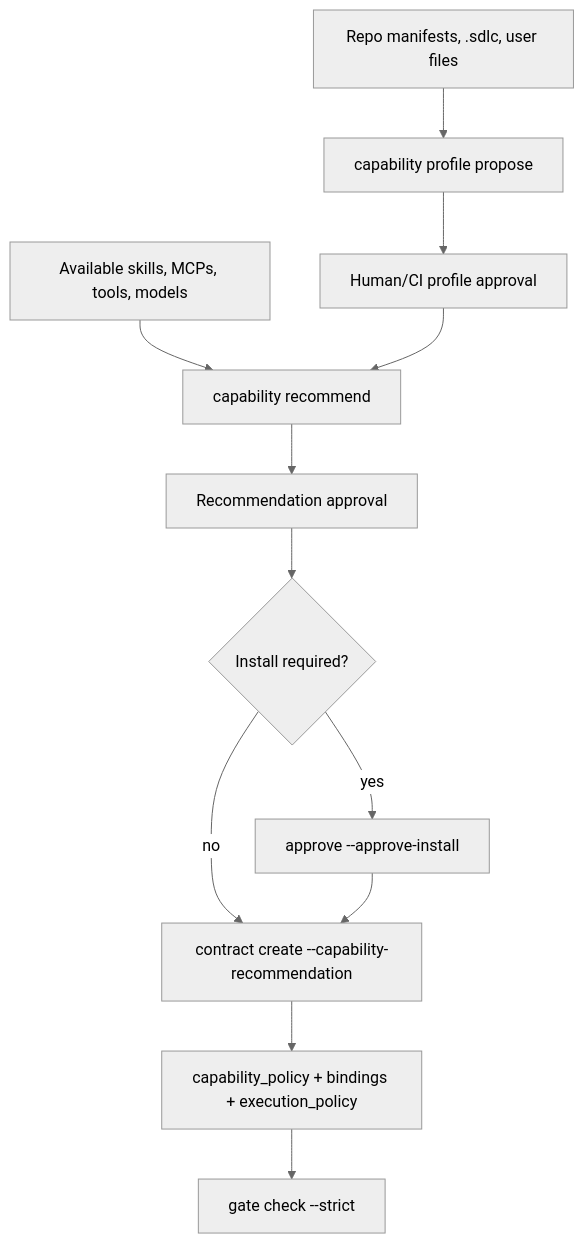
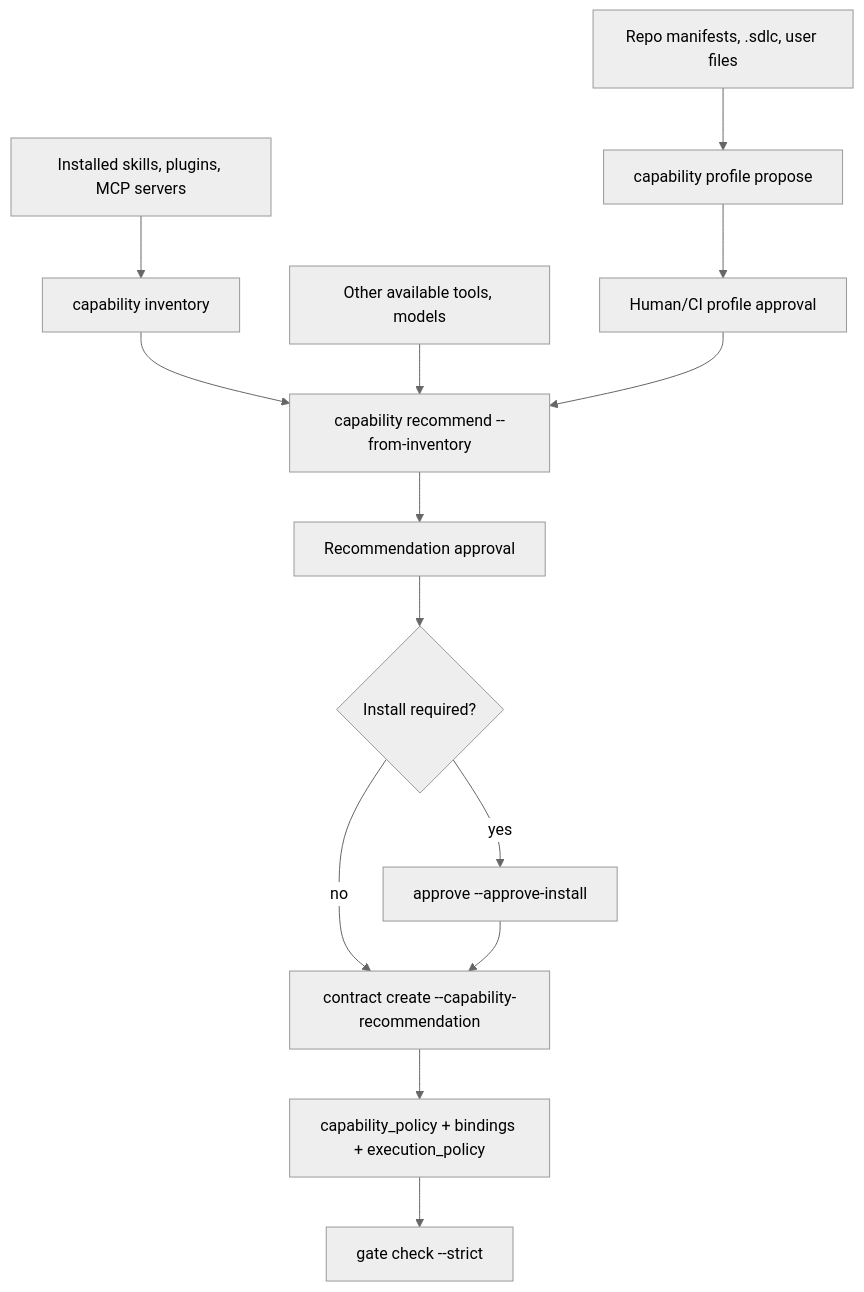
One commit to aantenore/agentic-sdlc changed diagram 11 of 16 in docs/architecture.md. Above: the diagram before and after it, drawn with Mermaid (neutral theme). The commit also changed other lines of this file and 8 other files, not shown here.

First line of the commit message:
docs(capability): document the inventory, --from-inventory, and the suggestion

````diff
--- a/docs/architecture.md
+++ b/docs/architecture.md
@@ -410,14 +410,16 @@
 ```mermaid
 flowchart TB
   Inputs["Repo manifests, .sdlc, user files"] --> Profile["capability profile propose"]
   Profile --> ProfileApproval["Human/CI profile approval"]
-  Available["Available skills, MCPs, tools, models"] --> Recommend["capability recommend"]
+  Installed["Installed skills, plugins, MCP servers"] --> Inventory["capability inventory"]
+  Inventory --> Recommend["capability recommend --from-inventory"]
+  Available["Other available tools, models"] --> Recommend
   ProfileApproval --> Recommend
   Recommend --> RecApproval["Recommendation approval"]
   RecApproval --> InstallGate{"Install required?"}
   InstallGate -->|yes| InstallApproval["approve --approve-install"]
   InstallGate -->|no| Contract["contract create --capability-recommendation"]
   InstallApproval --> Contract
   Contract --> CapabilityPolicy["capability_policy + bindings + execution_policy"]
   CapabilityPolicy --> Gate["gate check --strict"]
 ```
````
